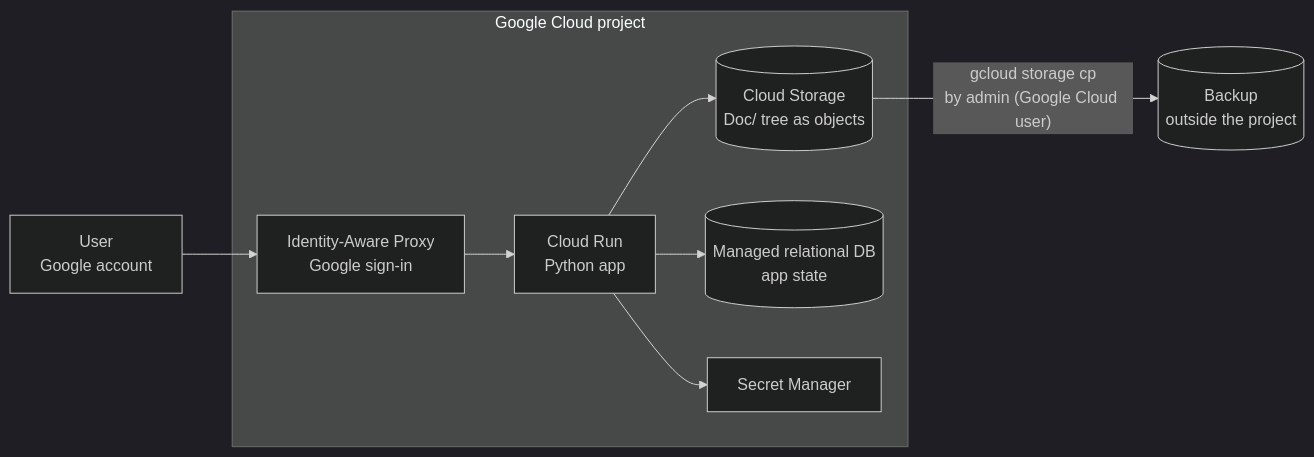
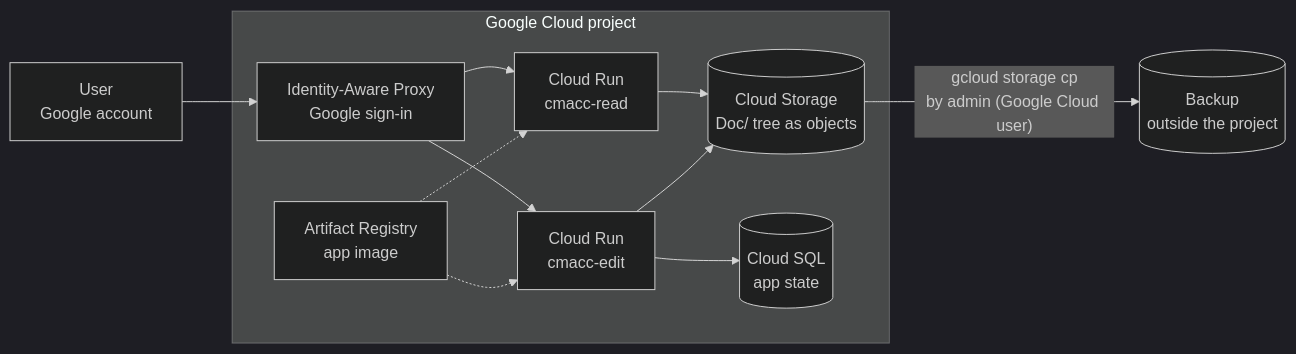
Before and after one commit to CommonAccord/Cmacc-Org: the diagram in docs/infra-architecture.md, drawn with Mermaid (dark theme). The commit also changed other lines of this file and 3 other files, not shown here.

````diff
--- a/docs/infra-architecture.md
+++ b/docs/infra-architecture.md
@@ -17,12 +22,16 @@
 ```mermaid
 flowchart LR
   user["User<br/>Google account"] --> iap["Identity-Aware Proxy<br/>Google sign-in"]
-  bucket -->|"gcloud storage cp<br/>by admin (Google Cloud user)"| backup[("Backup<br/>outside the project")]
 
   subgraph project["Google Cloud project"]
-    iap --> run["Cloud Run<br/>Python app"]
-    run --> bucket[("Cloud Storage<br/>Doc/ tree as objects")]
-    run --> db[("Managed relational DB<br/>app state")]
-    run --> secrets["Secret Manager"]
+    iap --> read["Cloud Run<br/>cmacc-read"]
+    iap --> edit["Cloud Run<br/>cmacc-edit"]
+    read --> bucket[("Cloud Storage<br/>Doc/ tree as objects")]
+    edit --> bucket
+    edit --> db[("Cloud SQL<br/>app state")]
+    registry["Artifact Registry<br/>app image"] -.-> read
+    registry -.-> edit
   end
+
+  bucket -->|"gcloud storage cp<br/>by admin (Google Cloud user)"| backup[("Backup<br/>outside the project")]
 ```
````
